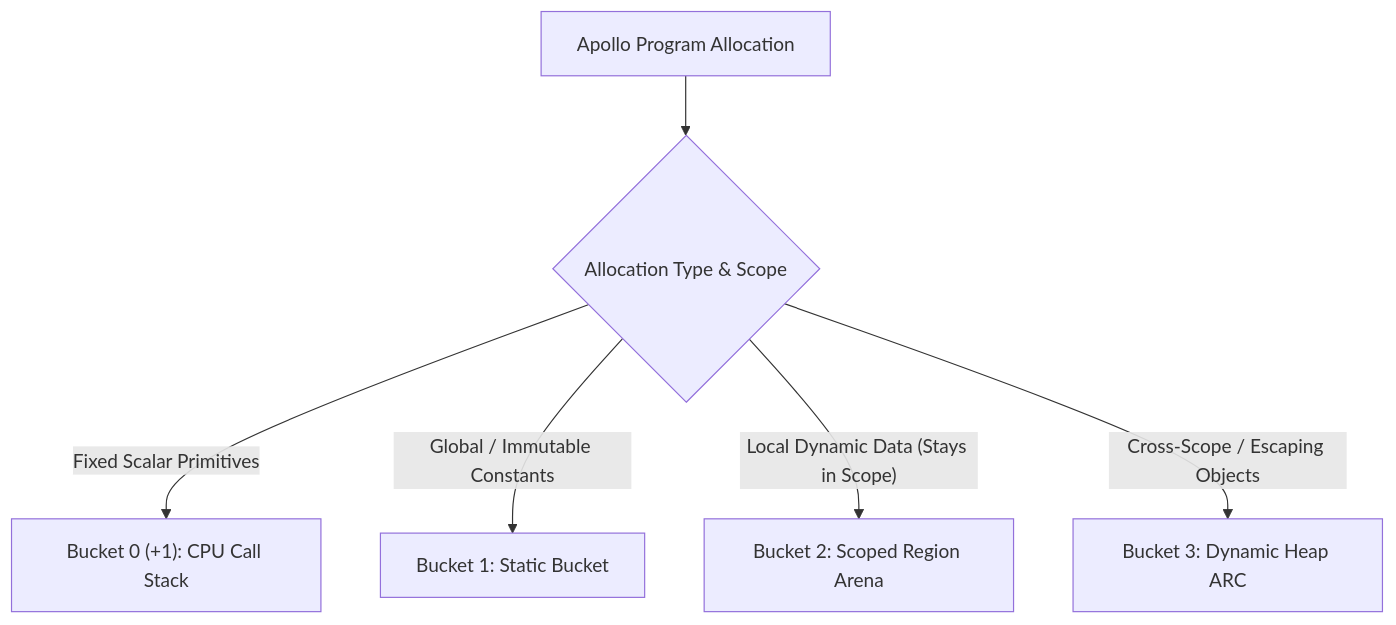
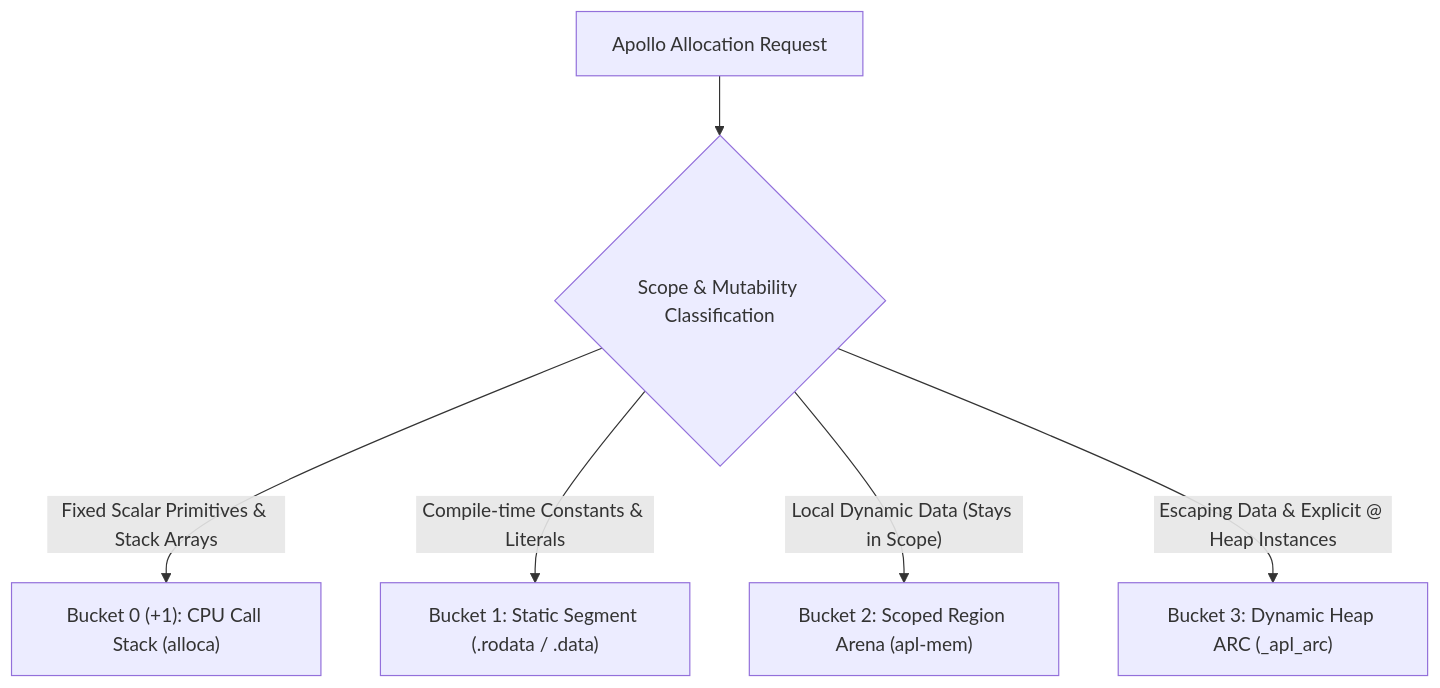
Before and after one commit to jusscaleb/C-Apollo: the second of 2 diagrams in README.md, drawn with Mermaid. The commit also changed other lines of this file and 27 other files, not shown here.

````diff
--- a/README.md
+++ b/README.md
@@ -201,8 +237,8 @@
 ```mermaid
 graph TD
-    A["Apollo Program Allocation"] --> B{"Allocation Type & Scope"}
-    B -->|"Fixed Scalar Primitives"| C["Bucket 0 (+1): CPU Call Stack"]
-    B -->|"Global / Immutable Constants"| D["Bucket 1: Static Bucket"]
-    B -->|"Local Dynamic Data (Stays in Scope)"| E["Bucket 2: Scoped Region Arena"]
-    B -->|"Cross-Scope / Escaping Objects"| F["Bucket 3: Dynamic Heap ARC"]
+    A["Apollo Allocation Request"] --> B{"Scope & Mutability Classification"}
+    B -->|"Fixed Scalar Primitives & Stack Arrays"| C["Bucket 0 (+1): CPU Call Stack (alloca)"]
+    B -->|"Compile-time Constants & Literals"| D["Bucket 1: Static Segment (.rodata / .data)"]
+    B -->|"Local Dynamic Data (Stays in Scope)"| E["Bucket 2: Scoped Region Arena (apl-mem)"]
+    B -->|"Escaping Data & Explicit @ Heap Instances"| F["Bucket 3: Dynamic Heap ARC (_apl_arc)"]
 ```
````
